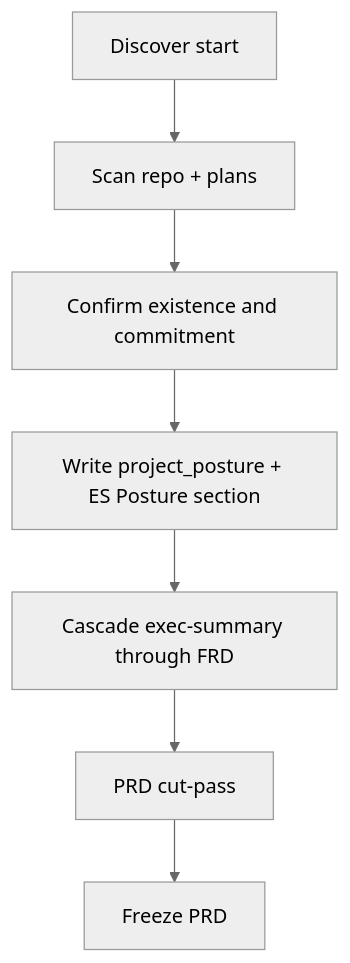
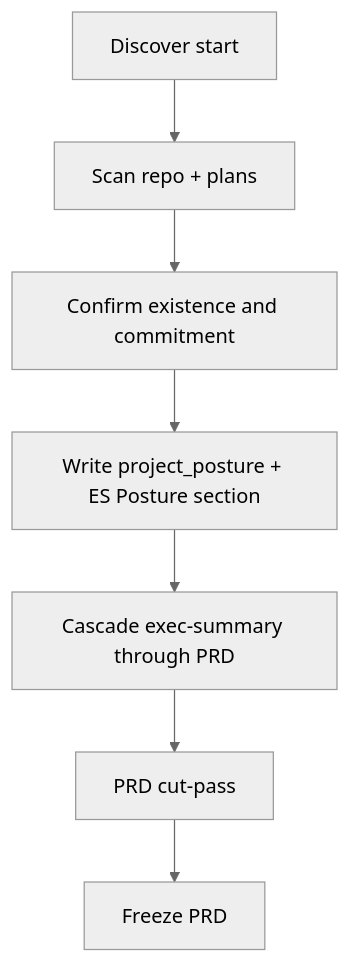
The diagram in plugins/rrraw/skills/rr-planner/refs/project-posture.md (rr-agentic-kit/ai-plugins), drawn with Mermaid (neutral theme) before and after one commit. The commit also changed 38 other files, not shown here.

````diff
--- a/plugins/rrraw/skills/rr-planner/refs/project-posture.md
+++ b/plugins/rrraw/skills/rr-planner/refs/project-posture.md
@@ -22,9 +22,9 @@
 ```mermaid
 flowchart TD
   start[Discover start] --> scan[Scan repo + plans]
   scan --> confirm[Confirm existence and commitment]
   confirm --> persist[Write project_posture + ES Posture section]
-  persist --> cascade[Cascade exec-summary through FRD]
+  persist --> cascade[Cascade exec-summary through PRD]
   cascade --> cut[PRD cut-pass]
   cut --> freeze[Freeze PRD]
 ```
````
